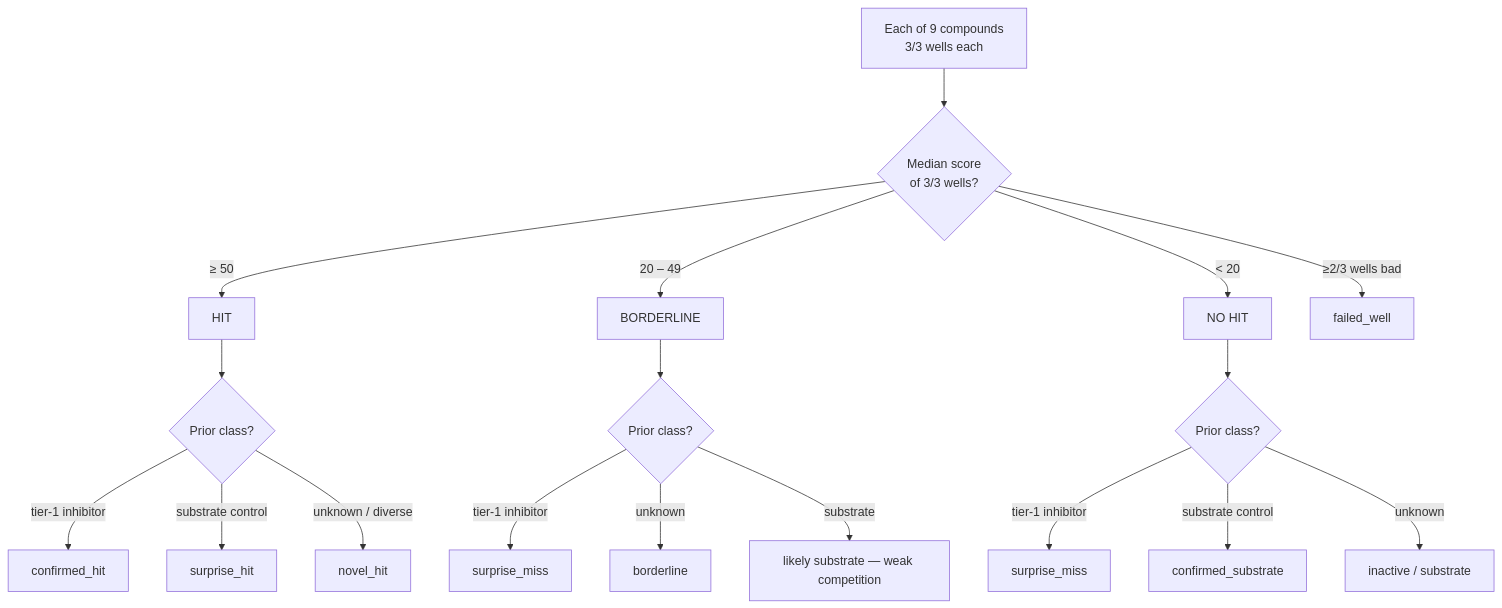
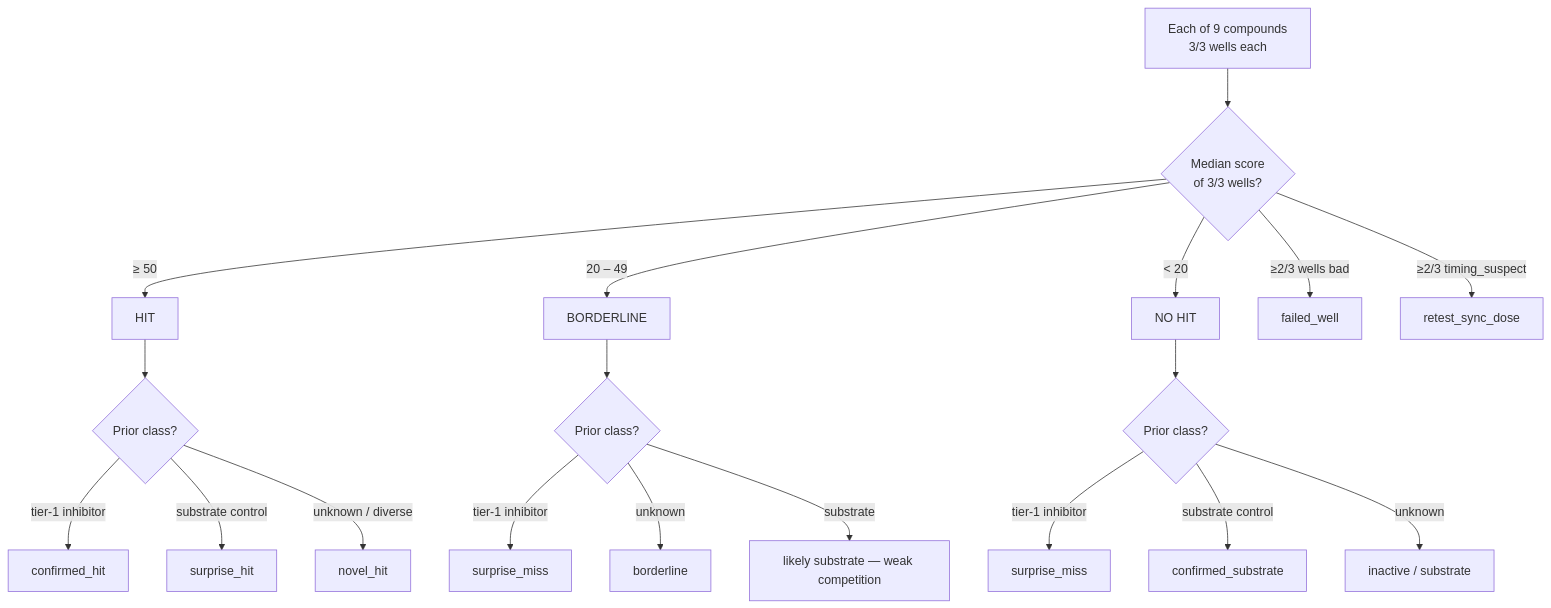
The sixth of 7 diagrams in pvjthomas/runs/2/v5/run2_decision_tree.md (pvjthomas/beta-loop), drawn with Mermaid before and after one commit. The commit also changed other lines of this file and 41 other files, not shown here.

````diff
--- a/pvjthomas/runs/2/v5/run2_decision_tree.md
+++ b/pvjthomas/runs/2/v5/run2_decision_tree.md
@@ -220,23 +309,24 @@
 ```mermaid
 flowchart TD
     S[Each of 9 compounds<br/>3/3 wells each] --> P{Median score<br/>of 3/3 wells?}
     P -->|≥ 50| HIT[HIT]
     P -->|20 – 49| BOR[BORDERLINE]
     P -->|< 20| MISS[NO HIT]
     P -->|≥2/3 wells bad| FW[failed_well]
+    P -->|≥2/3 timing_suspect| TS[retest_sync_dose]
 
     HIT --> H1{Prior class?}
     H1 -->|tier-1 inhibitor| CH[confirmed_hit]
     H1 -->|substrate control| SH[surprise_hit]
     H1 -->|unknown / diverse| NH[novel_hit]
 
     BOR --> B1{Prior class?}
     B1 -->|tier-1 inhibitor| SM1[surprise_miss]
     B1 -->|unknown| BL[borderline]
     B1 -->|substrate| SUB1[likely substrate — weak competition]
 
     MISS --> M1{Prior class?}
     M1 -->|tier-1 inhibitor| SM2[surprise_miss]
     M1 -->|substrate control| CS[confirmed_substrate]
     M1 -->|unknown| INACT[inactive / substrate]
 ```
````
